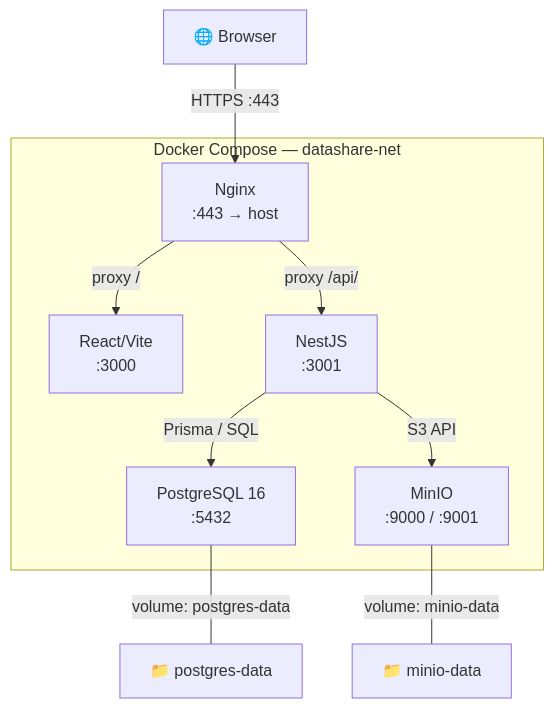
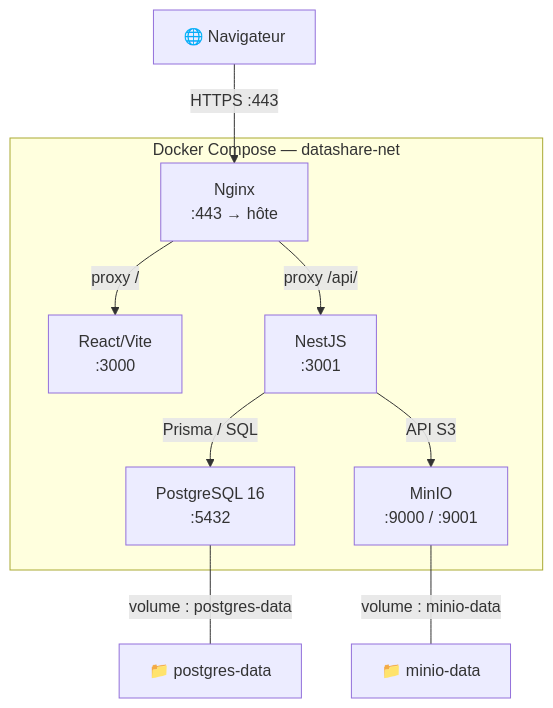
One commit to OC-Expert-DevOps/P3-OC-software-development-management changed the diagram in docs/infrastructure/04-infrastructure-setup.md. Above: the diagram before and after it, drawn with Mermaid. The commit also changed other lines of this file and 21 other files, not shown here.

````diff
--- a/docs/infrastructure/04-infrastructure-setup.md
+++ b/docs/infrastructure/04-infrastructure-setup.md
@@ -5,21 +5,21 @@
 ```mermaid
 graph TD
-    Browser["🌐 Browser"]
+    Browser["🌐 Navigateur"]
     
     subgraph DockerCompose["Docker Compose — datashare-net"]
-        Nginx["Nginx<br/>:443 → host"]
+        Nginx["Nginx<br/>:443 → hôte"]
         Frontend["React/Vite<br/>:3000"]
         Backend["NestJS<br/>:3001"]
         Postgres["PostgreSQL 16<br/>:5432"]
         MinIO["MinIO<br/>:9000 / :9001"]
     end
     
     Browser -->|"HTTPS :443"| Nginx
     Nginx -->|"proxy /"| Frontend
     Nginx -->|"proxy /api/"| Backend
     Backend -->|"Prisma / SQL"| Postgres
-    Backend -->|"S3 API"| MinIO
+    Backend -->|"API S3"| MinIO
     
-    Postgres ---|"volume: postgres-data"| PGVol["📁 postgres-data"]
-    MinIO ---|"volume: minio-data"| MINVol["📁 minio-data"]
+    Postgres ---|"volume : postgres-data"| PGVol["📁 postgres-data"]
+    MinIO ---|"volume : minio-data"| MINVol["📁 minio-data"]
 ```
````
